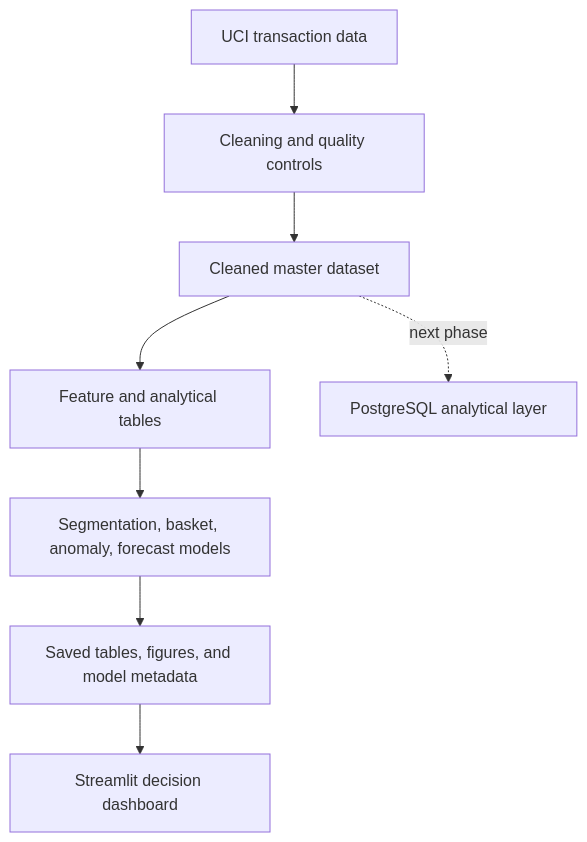
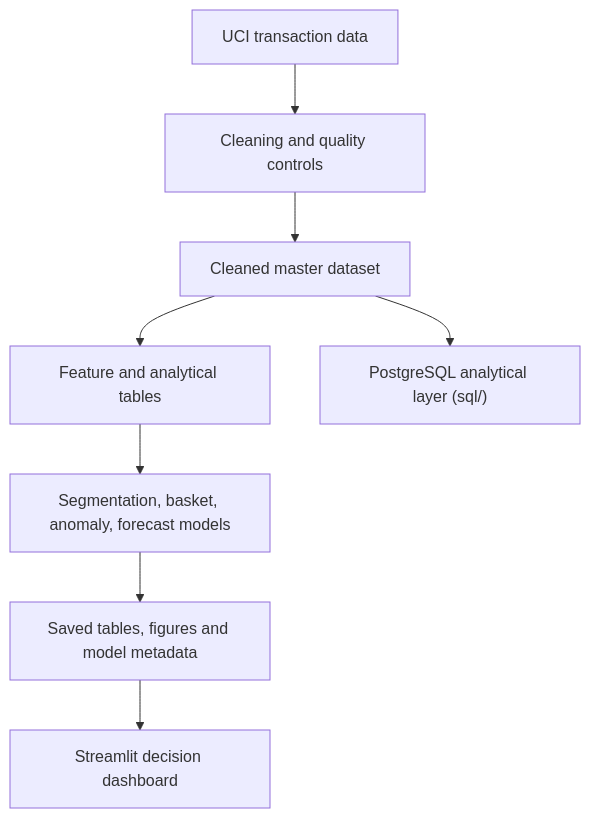
Before and after one commit to Anna-datascience/retail-financial-intelligence: the diagram in README.md, drawn with Mermaid. The commit also changed other lines of this file and 21 other files, not shown here.

Commit message:
Add dashboard artifacts, SQL layer, CI and updated README

````diff
--- a/README.md
+++ b/README.md
@@ -64,10 +91,10 @@
 ```mermaid
 flowchart TD
     A["UCI transaction data"] --> B["Cleaning and quality controls"]
     B --> C["Cleaned master dataset"]
     C --> D["Feature and analytical tables"]
     D --> E["Segmentation, basket, anomaly, forecast models"]
-    E --> F["Saved tables, figures, and model metadata"]
+    E --> F["Saved tables, figures and model metadata"]
     F --> G["Streamlit decision dashboard"]
-    C -. "next phase" .-> H["PostgreSQL analytical layer"]
+    C --> H["PostgreSQL analytical layer (sql/)"]
 ```
````
